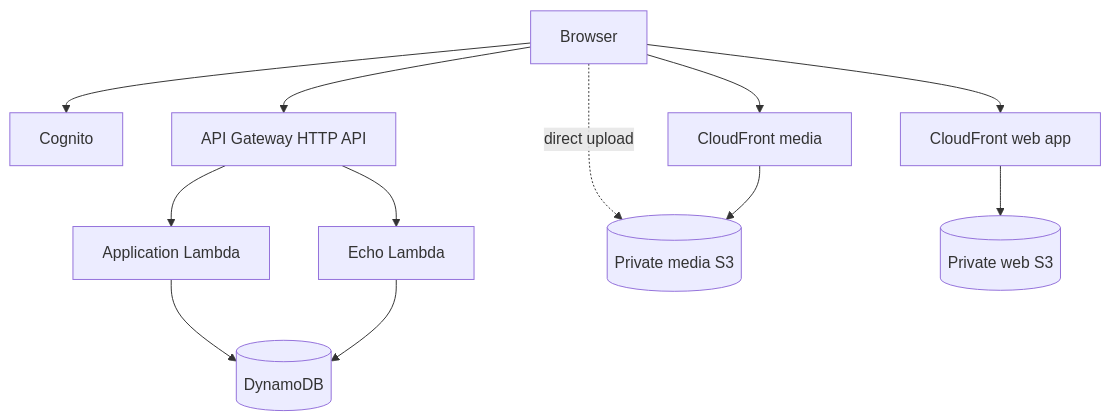
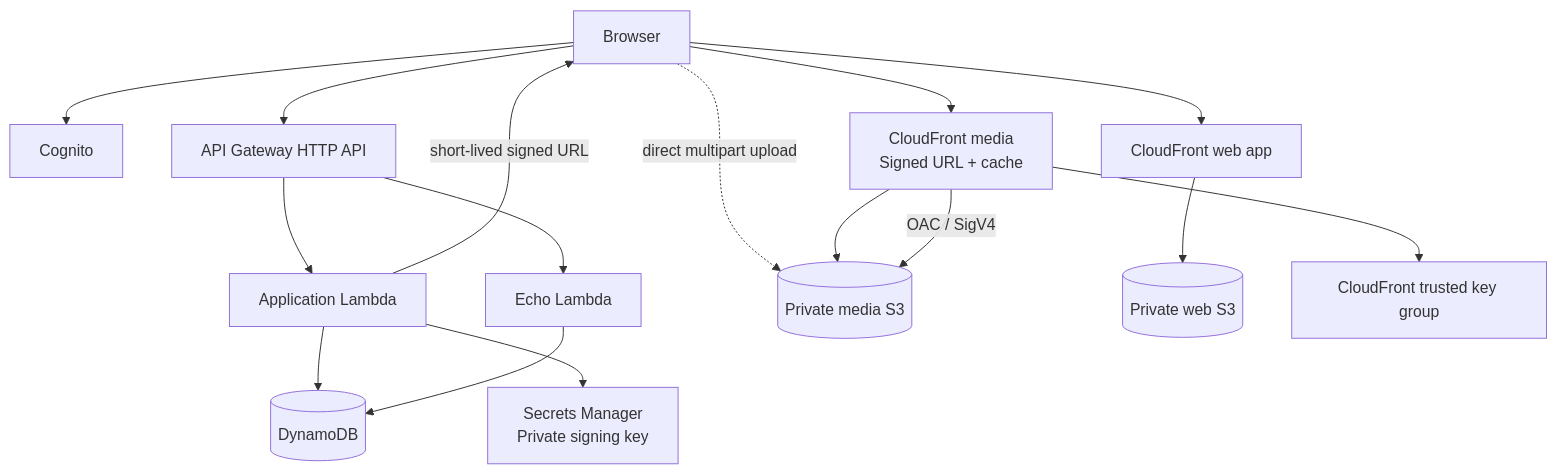
The first of 2 diagrams in docs/13-aws-infrastructure-foundation.md (InfX2243/echoclass), drawn with Mermaid before and after one commit. The commit also changed other lines of this file, not shown here.

Commit message:
docs(infra): record signed media CloudFront architecture

````diff
--- a/docs/13-aws-infrastructure-foundation.md
+++ b/docs/13-aws-infrastructure-foundation.md
@@ -18,25 +16,31 @@
 ```mermaid
 flowchart TB
   Browser[Browser]
   Cognito[Cognito]
   API[API Gateway HTTP API]
   App[Application Lambda]
   Echo[Echo Lambda]
   DB[(DynamoDB)]
   MediaS3[(Private media S3)]
-  MediaCF[CloudFront media]
+  MediaCF[CloudFront media\nSigned URL + cache]
   WebS3[(Private web S3)]
   WebCF[CloudFront web app]
+  KeyGroup[CloudFront trusted key group]
+  Secret[Secrets Manager\nPrivate signing key]
 
   Browser --> Cognito
   Browser --> API
   API --> App
   API --> Echo
   App --> DB
   Echo --> DB
-  Browser -. direct upload .-> MediaS3
+  Browser -. direct multipart upload .-> MediaS3
+  App -->|short-lived signed URL| Browser
   Browser --> MediaCF
+  MediaCF --> KeyGroup
   MediaCF --> MediaS3
+  App --> Secret
+  MediaCF -->|OAC / SigV4| MediaS3
   Browser --> WebCF
   WebCF --> WebS3
 ```
````
